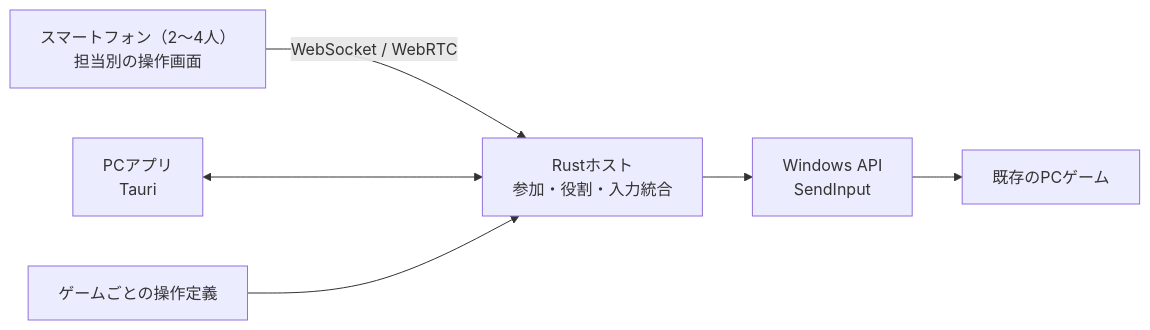
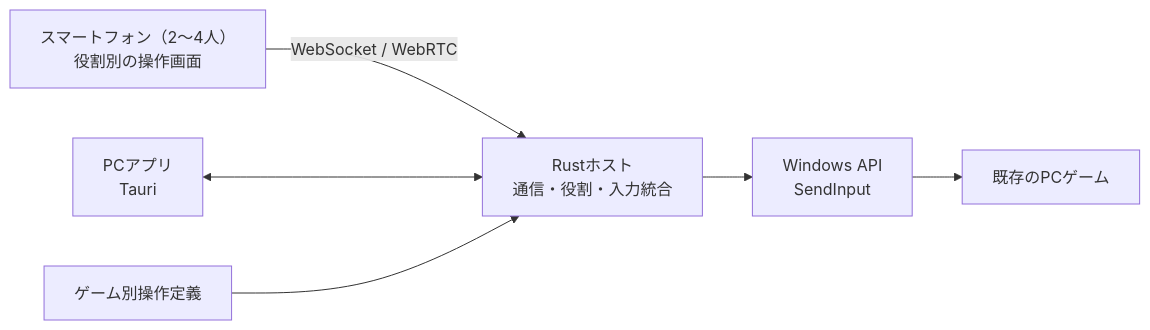
Before and after one commit to jphacks/kz_2613: the diagram in README.md, drawn with Mermaid. The commit also changed other lines of this file, not shown here.

````diff
--- a/README.md
+++ b/README.md
@@ -254,8 +236,8 @@
 ```mermaid
 flowchart LR
-    P["スマートフォン（2〜4人）<br/>担当別の操作画面"] -->|"WebSocket / WebRTC"| H["Rustホスト<br/>参加・役割・入力統合"]
+    P["スマートフォン（2〜4人）<br/>役割別の操作画面"] -->|"WebSocket / WebRTC"| H["Rustホスト<br/>通信・役割・入力統合"]
     D["PCアプリ<br/>Tauri"] <--> H
-    C["ゲームごとの操作定義"] --> H
+    C["ゲーム別操作定義"] --> H
     H --> I["Windows API<br/>SendInput"]
     I --> G["既存のPCゲーム"]
 ```
````
